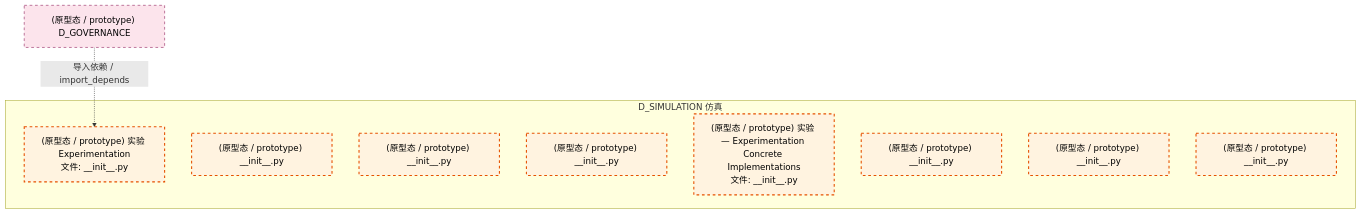
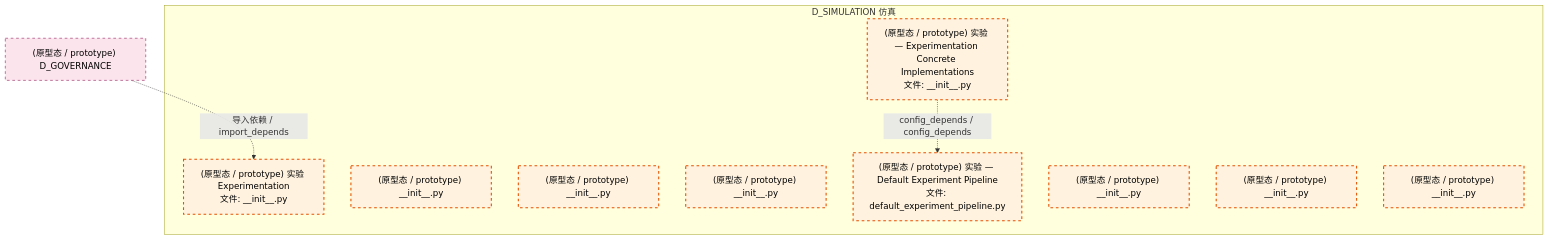
The fourth of 5 diagrams in docs/02_enterprise_architecture/02_domain_architecture_docs/57_d_simulation.md (xuanFelixVan/ZephyrAlpha), drawn with Mermaid before and after one commit. The commit also changed other lines of this file and 109 other files, not shown here.

````diff
--- a/docs/02_enterprise_architecture/02_domain_architecture_docs/57_d_simulation.md
+++ b/docs/02_enterprise_architecture/02_domain_architecture_docs/57_d_simulation.md
@@ -152,21 +151,23 @@
 ```mermaid
 graph TD
     subgraph D_SIMULATION["D_SIMULATION 仿真"]
         src_zephyr_simulation_init_py["(原型态 / prototype) 实验 Experimentation<br/>文件: __init__.py"]
         src_zephyr_simulation_extensions_init_py["(原型态 / prototype) __init__.py"]
         src_zephyr_simulation_api_init_py["(原型态 / prototype) __init__.py"]
         src_zephyr_simulation_core_init_py["(原型态 / prototype) __init__.py"]
         src_zephyr_simulation_implementations_init_py["(原型态 / prototype) 实验 — Experimentation Concrete Implementations<br/>文件: __init__.py"]
+        src_zephyr_simulation_implementations_default_experiment_pipeline_py["(原型态 / prototype) 实验 — Default Experiment Pipeline<br/>文件: default_experiment_pipeline.py"]
         src_zephyr_simulation_infrastructure_init_py["(原型态 / prototype) __init__.py"]
         src_zephyr_simulation_models_init_py["(原型态 / prototype) __init__.py"]
         src_zephyr_simulation_services_init_py["(原型态 / prototype) __init__.py"]
     end
+    src_zephyr_simulation_implementations_init_py -.->|config_depends / config_depends| src_zephyr_simulation_implementations_default_experiment_pipeline_py
     D_GOVERNANCE["(原型态 / prototype) D_GOVERNANCE"]
     D_GOVERNANCE -.->|导入依赖 / import_depends| src_zephyr_simulation_init_py
     classDef production fill:#e1f5fe,stroke:#01579b,stroke-width:2px,color:#000
     classDef design fill:#fff3e0,stroke:#e65100,stroke-width:2px,color:#000,stroke-dasharray: 5 5
     classDef external_prod fill:#e8f5e9,stroke:#1b5e20,stroke-width:1px,color:#000
     classDef external_design fill:#fce4ec,stroke:#880e4f,stroke-width:1px,color:#000,stroke-dasharray: 5 5
-    class src_zephyr_simulation_init_py,src_zephyr_simulation_extensions_init_py,src_zephyr_simulation_api_init_py,src_zephyr_simulation_core_init_py,src_zephyr_simulation_implementations_init_py,src_zephyr_simulation_infrastructure_init_py,src_zephyr_simulation_models_init_py,src_zephyr_simulation_services_init_py design
+    class src_zephyr_simulation_init_py,src_zephyr_simulation_extensions_init_py,src_zephyr_simulation_api_init_py,src_zephyr_simulation_core_init_py,src_zephyr_simulation_implementations_init_py,src_zephyr_simulation_implementations_default_experiment_pipeline_py,src_zephyr_simulation_infrastructure_init_py,src_zephyr_simulation_models_init_py,src_zephyr_simulation_services_init_py design
     class D_GOVERNANCE external_design
 ```
````
